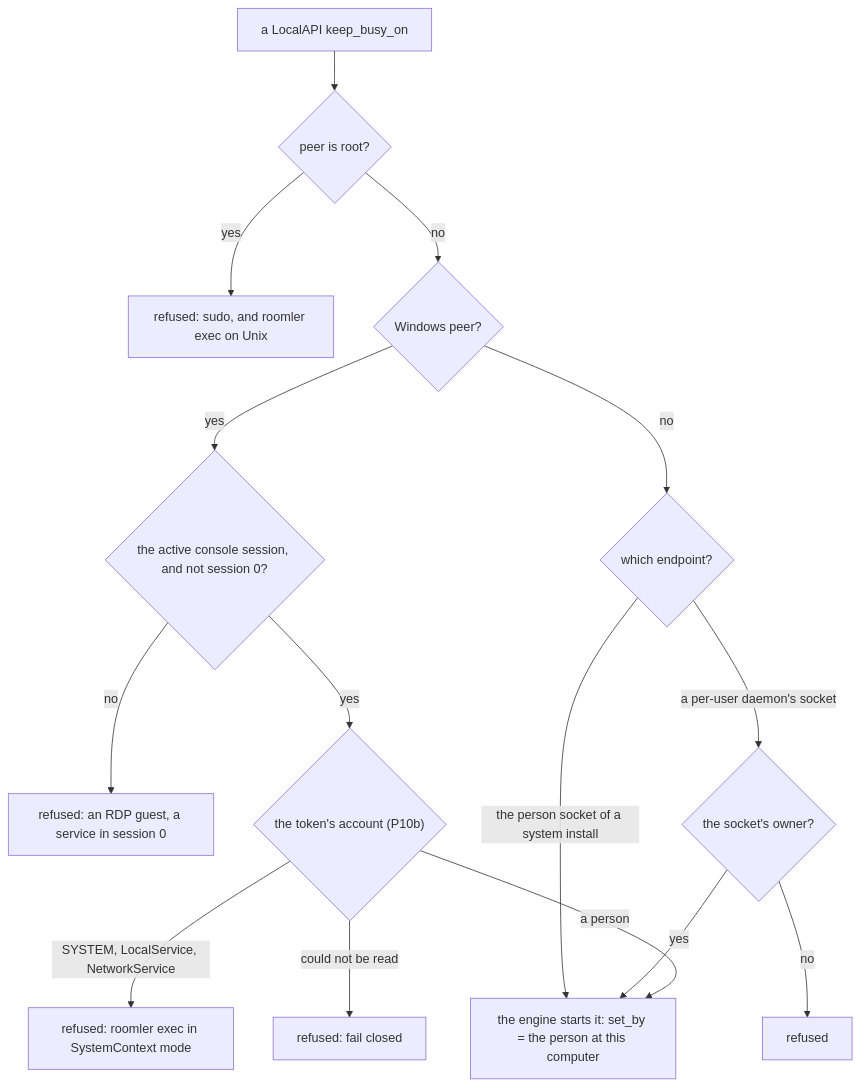
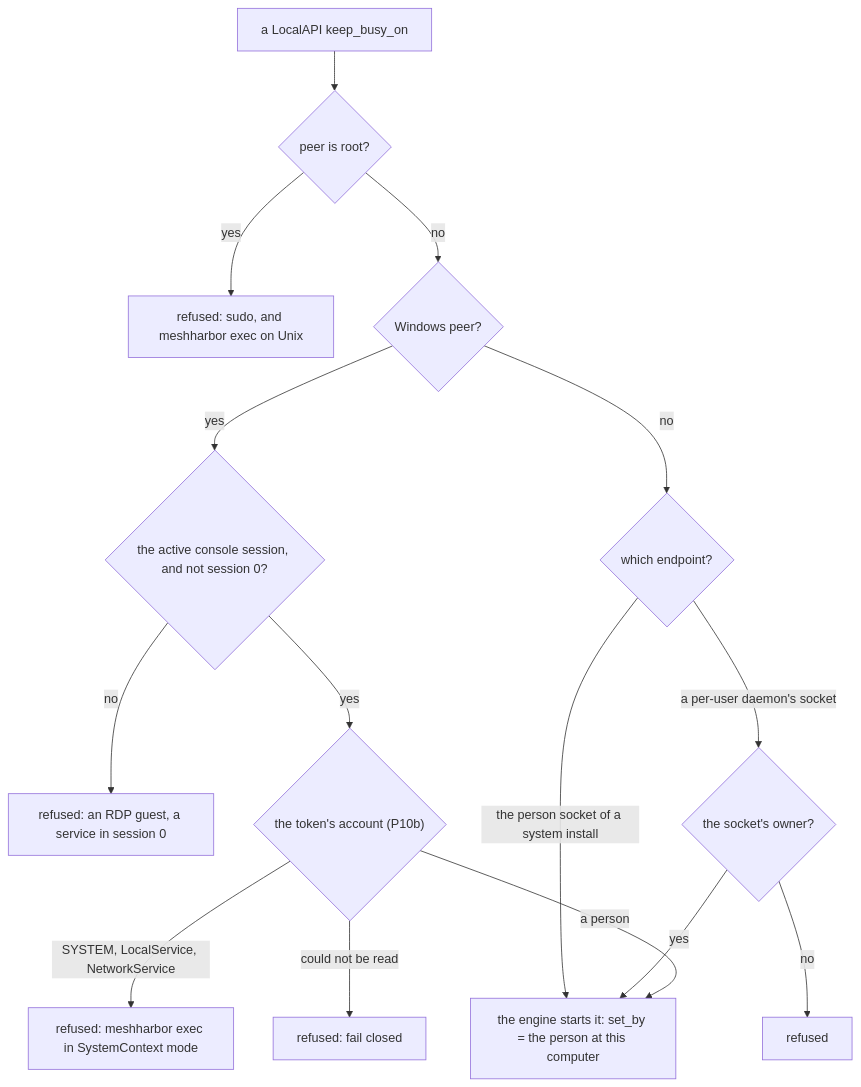
One commit to jk-zhang-meta/MeshHarbor changed the fifth of 7 diagrams in docs/keep-busy.md. Above: the diagram before and after it, drawn with Mermaid. The commit also changed other lines of this file and 682 other files, not shown here.

````diff
--- a/docs/keep-busy.md
+++ b/docs/keep-busy.md
@@ -403,17 +403,17 @@
 ```mermaid
 flowchart TD
   P[a LocalAPI keep_busy_on] --> R{peer is root?}
-  R -- yes --> X[refused: sudo, and roomler exec on Unix]
+  R -- yes --> X[refused: sudo, and meshharbor exec on Unix]
   R -- no --> W{Windows peer?}
   W -- yes --> S{the active console session, and not session 0?}
   S -- no --> X2[refused: an RDP guest, a service in session 0]
   S -- yes --> A{"the token's account (P10b)"}
   A -- "a person" --> OK[the engine starts it: set_by = the person at this computer]
-  A -- "SYSTEM, LocalService, NetworkService" --> X4[refused: roomler exec in SystemContext mode]
+  A -- "SYSTEM, LocalService, NetworkService" --> X4[refused: meshharbor exec in SystemContext mode]
   A -- "could not be read" --> X5[refused: fail closed]
   W -- no --> E{which endpoint?}
   E -- a per-user daemon's socket --> O{the socket's owner?}
   O -- yes --> OK
   O -- no --> X3[refused]
   E -- the person socket of a system install --> OK
 ```
````
